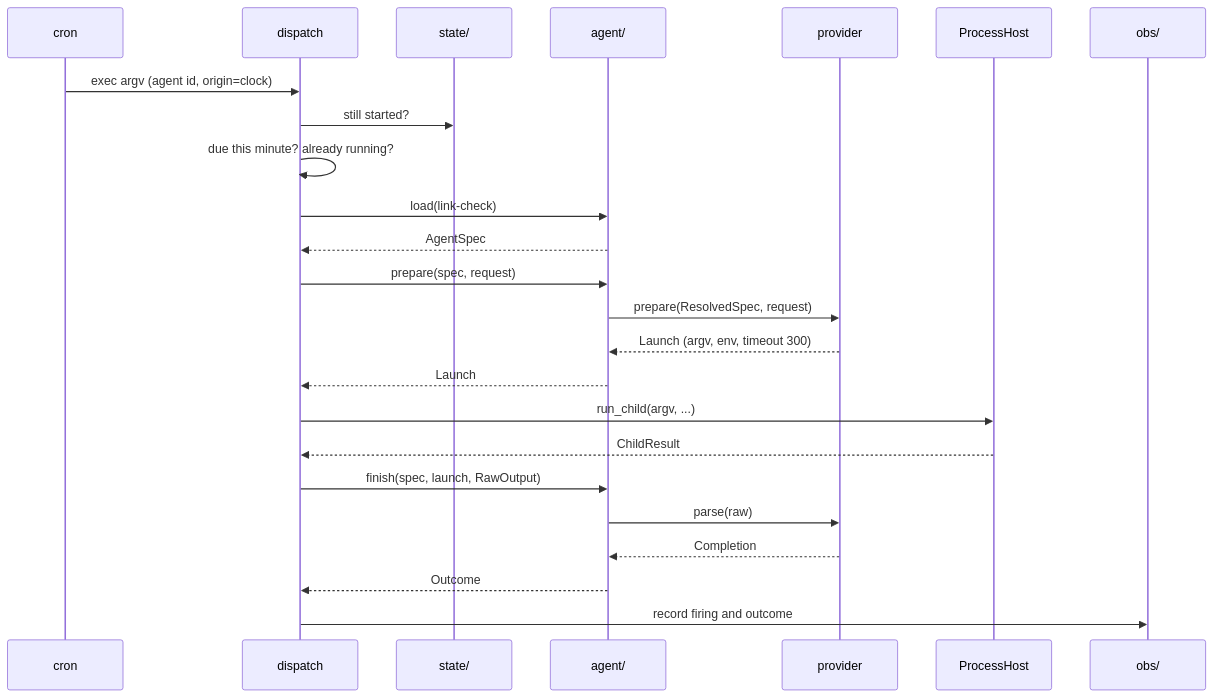
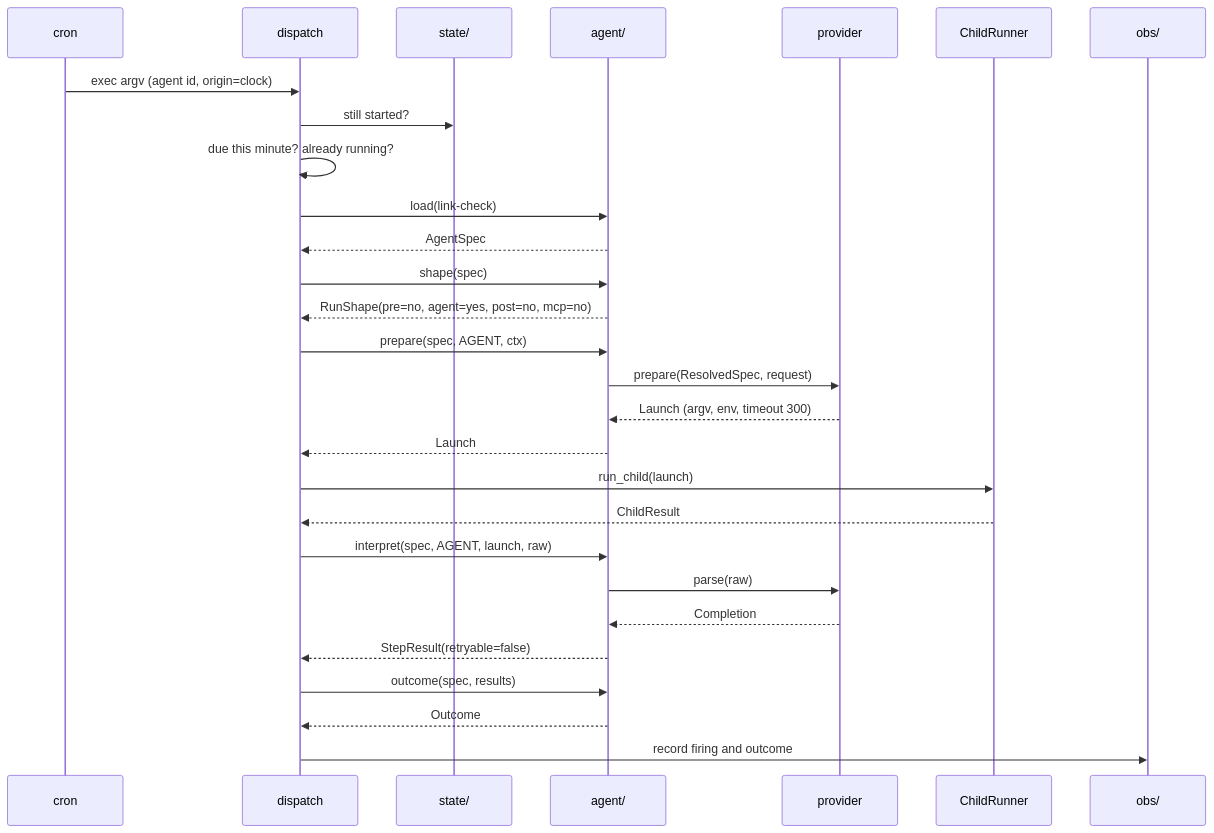
Before and after one commit to johnshew/agents-live: the third of 4 diagrams in docs/target-architecture.md, drawn with Mermaid. The commit also changed other lines of this file and 1 other file, not shown here.

First line of the commit message:
docs: model the run as a pipeline and split process management by lifetime

````diff
--- a/docs/target-architecture.md
+++ b/docs/target-architecture.md
@@ -665,27 +824,31 @@
 ```mermaid
 sequenceDiagram
     participant K as cron
     participant D as dispatch
     participant S as state/
     participant A as agent/
     participant P as provider
-    participant PH as ProcessHost
+    participant PH as ChildRunner
     participant O as obs/
 
     K->>D: exec argv (agent id, origin=clock)
     D->>S: still started?
     D->>D: due this minute? already running?
     D->>A: load(link-check)
     A-->>D: AgentSpec
-    D->>A: prepare(spec, request)
+    D->>A: shape(spec)
+    A-->>D: RunShape(pre=no, agent=yes, post=no, mcp=no)
+    D->>A: prepare(spec, AGENT, ctx)
     A->>P: prepare(ResolvedSpec, request)
     P-->>A: Launch (argv, env, timeout 300)
     A-->>D: Launch
-    D->>PH: run_child(argv, ...)
+    D->>PH: run_child(launch)
     PH-->>D: ChildResult
-    D->>A: finish(spec, launch, RawOutput)
+    D->>A: interpret(spec, AGENT, launch, raw)
     A->>P: parse(raw)
     P-->>A: Completion
+    A-->>D: StepResult(retryable=false)
+    D->>A: outcome(spec, results)
     A-->>D: Outcome
     D->>O: record firing and outcome
 ```
````
